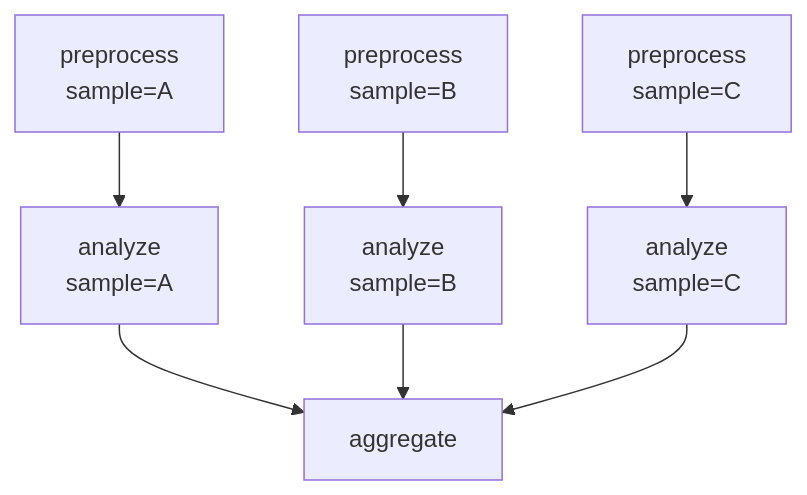
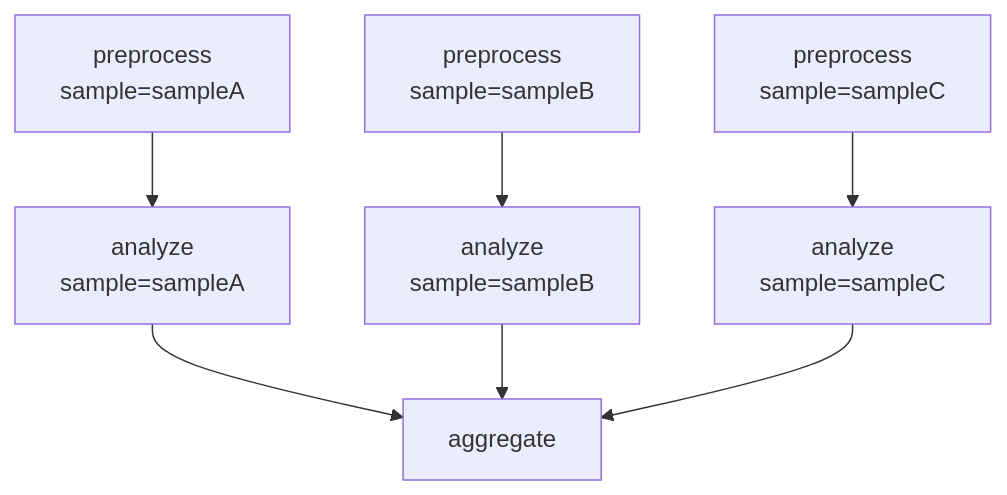
The diagram in docs/guide/src/gallery/parallel-samples.md (Traitome/oxo-flow), drawn with Mermaid before and after one commit. The commit also changed other lines of this file and 16 other files, not shown here.

````diff
--- a/docs/guide/src/gallery/parallel-samples.md
+++ b/docs/guide/src/gallery/parallel-samples.md
@@ -106,9 +113,9 @@
 ```mermaid
 graph TD
-    A1[preprocess<br/>sample=A] --> B1[analyze<br/>sample=A]
-    A2[preprocess<br/>sample=B] --> B2[analyze<br/>sample=B]
-    A3[preprocess<br/>sample=C] --> B3[analyze<br/>sample=C]
+    A1[preprocess<br/>sample=sampleA] --> B1[analyze<br/>sample=sampleA]
+    A2[preprocess<br/>sample=sampleB] --> B2[analyze<br/>sample=sampleB]
+    A3[preprocess<br/>sample=sampleC] --> B3[analyze<br/>sample=sampleC]
     B1 --> C[aggregate]
     B2 --> C
     B3 --> C
 ```
````
